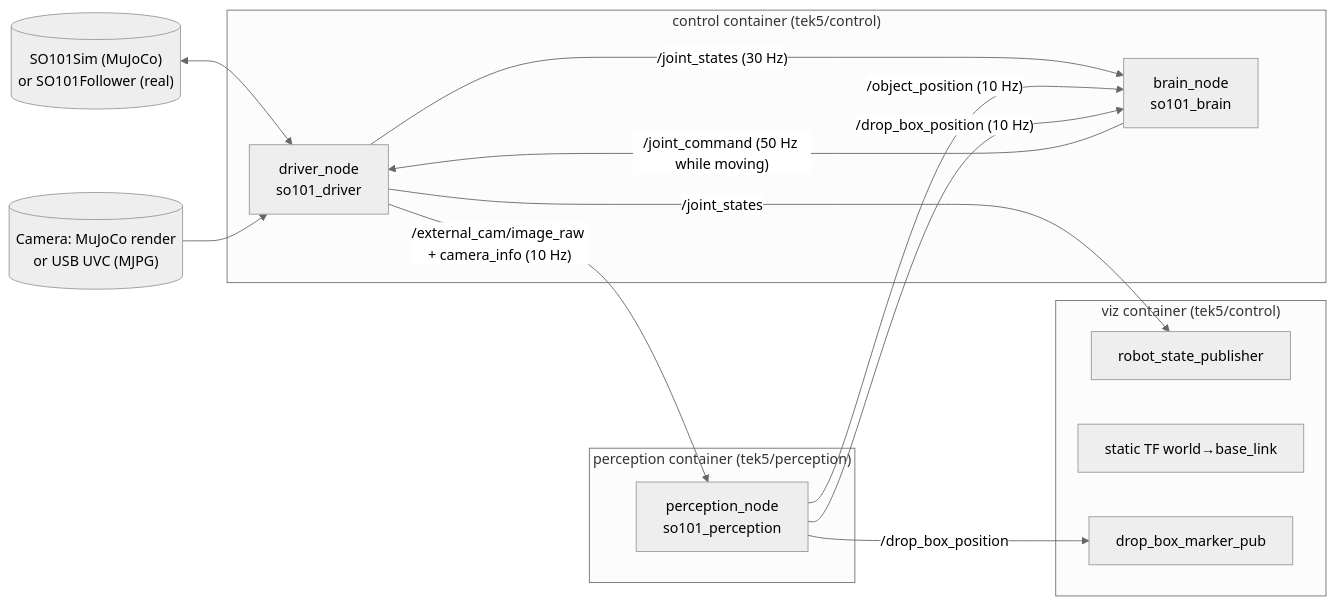
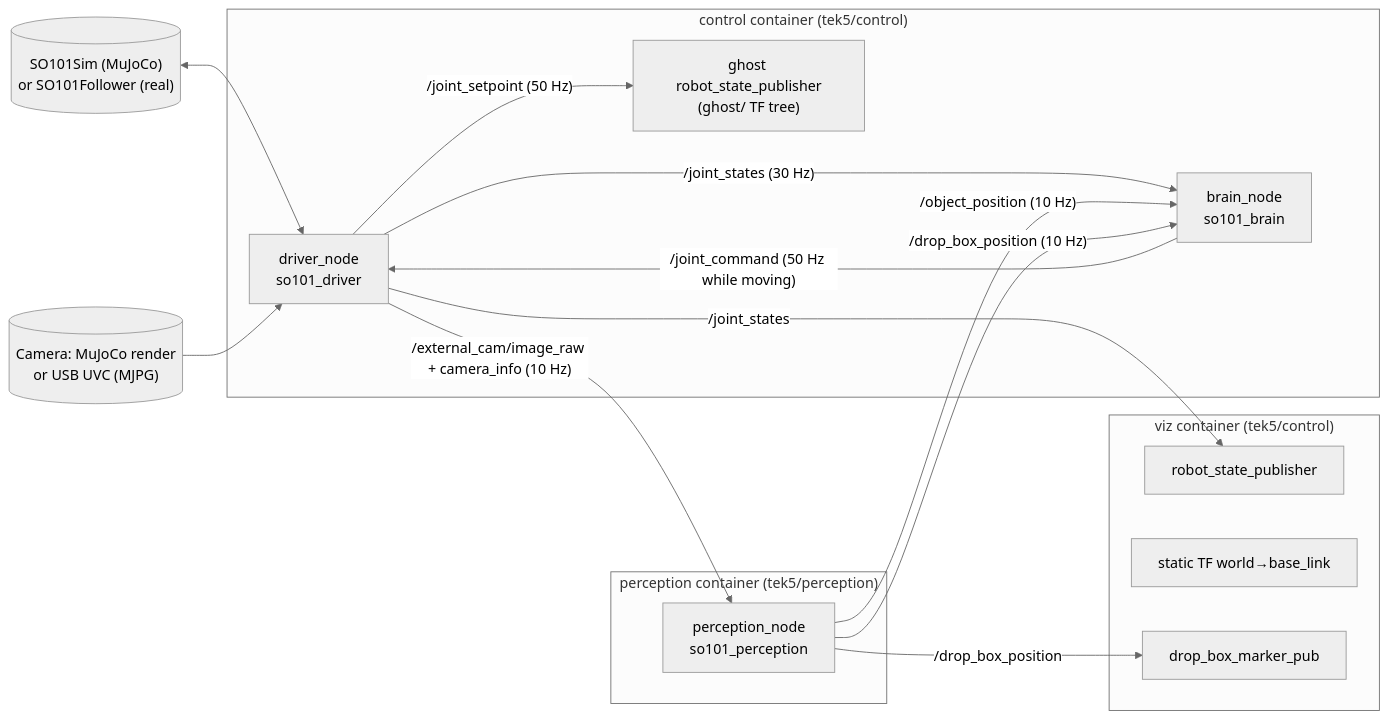
The first of 3 diagrams in docs/project/01_architecture.md (FoxaxeWasTaken/Robotics), drawn with Mermaid (neutral theme) before and after one commit. The commit also changed other lines of this file and 24 other files, not shown here.

````diff
--- a/docs/project/01_architecture.md
+++ b/docs/project/01_architecture.md
@@ -8,27 +8,29 @@
 ```mermaid
 flowchart LR
   subgraph control["control container (tek5/control)"]
     DRV["driver_node<br/>so101_driver"]
     BRN["brain_node<br/>so101_brain"]
+    GST["ghost robot_state_publisher<br/>(ghost/ TF tree)"]
   end
   subgraph perception["perception container (tek5/perception)"]
     PER["perception_node<br/>so101_perception"]
   end
   subgraph viz["viz container (tek5/control)"]
     RSP["robot_state_publisher"]
     TFS["static TF world→base_link"]
     MRK["drop_box_marker_pub"]
   end
   HW[("SO101Sim (MuJoCo)<br/>or SO101Follower (real)")]
   CAM[("Camera: MuJoCo render<br/>or USB UVC (MJPG)")]
 
   HW <--> DRV
   CAM --> DRV
   DRV -- "/joint_states (30 Hz)" --> BRN
   DRV -- "/joint_states" --> RSP
   DRV -- "/external_cam/image_raw + camera_info (10 Hz)" --> PER
   PER -- "/object_position (10 Hz)" --> BRN
   PER -- "/drop_box_position (10 Hz)" --> BRN
   PER -- "/drop_box_position" --> MRK
   BRN -- "/joint_command (50 Hz while moving)" --> DRV
+  DRV -- "/joint_setpoint (50 Hz)" --> GST
 ```
````
